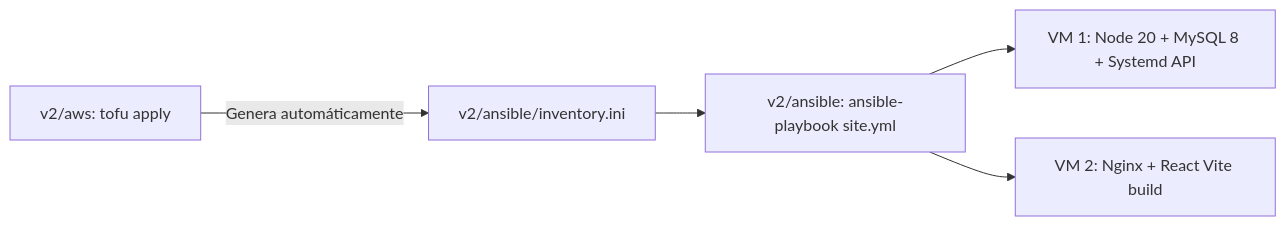
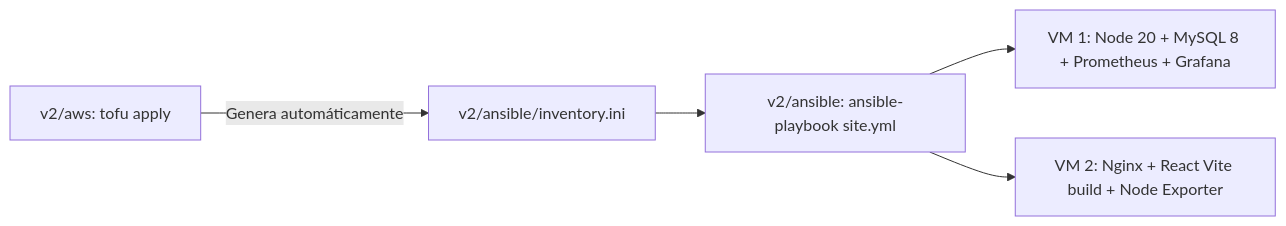
One commit to megiazara03/Mi-asistencia changed the diagram in v2/ansible/README.md. Above: the diagram before and after it, drawn with Mermaid. The commit also changed other lines of this file and 4 other files, not shown here.

````diff
--- a/v2/ansible/README.md
+++ b/v2/ansible/README.md
@@ -9,7 +9,7 @@
 ```mermaid
 flowchart LR
     A["v2/aws: tofu apply"] -->|Genera automáticamente| B["v2/ansible/inventory.ini"]
     B --> C["v2/ansible: ansible-playbook site.yml"]
-    C --> D["VM 1: Node 20 + MySQL 8 + Systemd API"]
-    C --> E["VM 2: Nginx + React Vite build"]
+    C --> D["VM 1: Node 20 + MySQL 8 + Prometheus + Grafana"]
+    C --> E["VM 2: Nginx + React Vite build + Node Exporter"]
 ```
````
